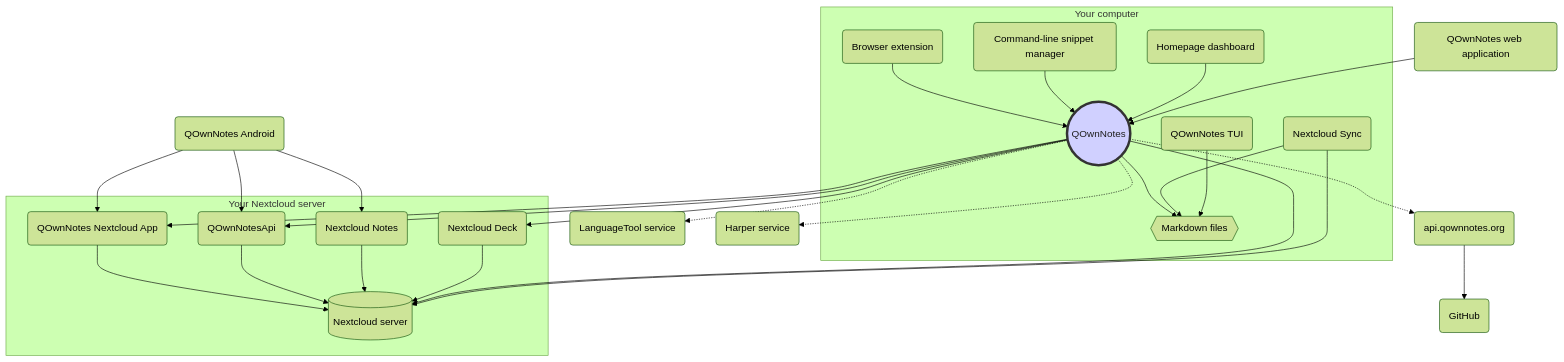
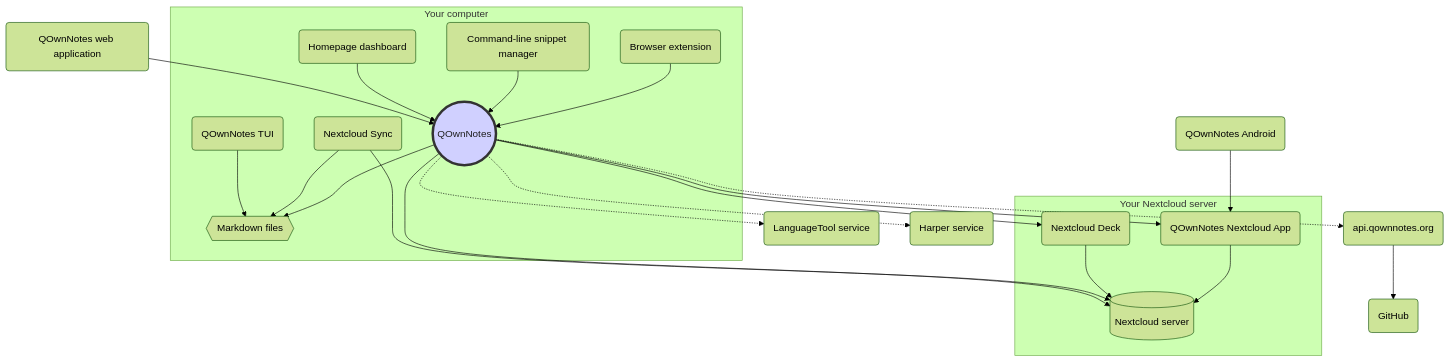
The first of 4 diagrams in webpage/src/getting-started/concept.md (pbek/QOwnNotes), drawn with Mermaid (forest theme) before and after one commit. The commit also changed other lines of this file and 1 other file, not shown here.

Commit message:
webpage: remove Nextcloud Notes and QOwnNotesAPI from concept page

````diff
--- a/webpage/src/getting-started/concept.md
+++ b/webpage/src/getting-started/concept.md
@@ -13,50 +13,43 @@
 ```mermaid desktop
 graph TB
     subgraph Your computer
         qon((QOwnNotes))-->md{{"Markdown files"}}
         sync("Nextcloud Sync")-->md
         qon-comp("Browser extension")-->qon
         qc("Command-line snippet manager")-->qon
         tui("QOwnNotes TUI")-->md
         homepage("Homepage dashboard")-->qon
     end
     subgraph Your Nextcloud server
         qon-nc("QOwnNotes Nextcloud App")-->ncs[("Nextcloud server")]
-        qon-api("QOwnNotesApi")-->ncs
-        nc-notes-app("Nextcloud Notes")-->ncs
         nc-deck-app("Nextcloud Deck")-->ncs
     end
 
-    qon-mob("QOwnNotes Android")-->nc-notes-app
-    qon-mob-->qon-api
-    qon-mob-->qon-nc
+    qon-mob("QOwnNotes Android")-->qon-nc
     qon-web-app("QOwnNotes web application")-->qon
-    qon-->qon-api
     qon-->qon-nc
     qon-->ncs
     qon-->nc-deck-app
     sync-->ncs
     qon-.->lt("LanguageTool service")
     qon-.->harper("Harper service")
     qon-.->qon-web-api("api.qownnotes.org")
     qon-web-api-->github("GitHub")
 
     style qon fill:#d0d0ff,stroke:#333,stroke-width:4px,color:#1f1f1f
     click qon "/getting-started/concept.html#qownnotes" "QOwnNotes Desktop Application for managing your notes on your desktop computer"
     click md "/getting-started/concept.html#markdown-note-files" "Markdown, media and attachment files in your note folder"
     click qon-comp "/getting-started/concept.html#qownnotes-browser-extension" "QOwnNotes browser extension for managing bookmarks in markdown files and as web clipper"
     click qc "/getting-started/concept.html#qownnotes-command-line-snippet-manager" "QOwnNotes command-line snippet manager"
     click tui "/getting-started/concept.html#qownnotes-tui" "QOwnNotes TUI, a keyboard-first terminal browser and editor for your Markdown note folders"
     click homepage "/getting-started/concept.html#homepage-dashboard" "Homepage dashboard using QOwnNotes bookmark suggestions"
     click sync "/getting-started/concept.html#nextcloud-desktop-sync-client" "Nextcloud desktop sync client to sync your notes to your server"
     click ncs "/getting-started/concept.html#nextcloud-server" "Nextcloud server to host your notes and other files"
     click qon-nc "/getting-started/concept.html#qownnotes-nextcloud-app" "QOwnNotes Nextcloud App to edit your notes in the web and to provide the APIs for QOwnNotes Desktop and Android"
-    click qon-api "/getting-started/concept.html#qownnotesapi-nextcloud-app" "QOwnNotesAPI Nextcloud app to access your server-side trash and note versions"
-    click nc-notes-app "/getting-started/concept.html#nextcloud-notes-server-app" "Nextcloud Notes server app to manage your notes in the web"
     click qon-mob "/getting-started/concept.html#qownnotes-android" "QOwnNotes Android, an offline-capable Markdown notes app for Android"
     click nc-deck-app "/getting-started/concept.html#nextcloud-deck-server-app" "Nextcloud Deck server app to manage reminders and todo lists in the web"
     click qon-web-app "/getting-started/concept.html#qownnotes-web-app" "QOwnNotes Web App to send photos from your mobile phone"
     click lt "/editor/languagetool.html" "Optional LanguageTool server for grammar and style checking"
     click harper "/editor/harper.html" "Optional Harper service for offline grammar and style checking"
     click qon-web-api "/getting-started/concept.html#api-qownnotes-org"
 ```
````
